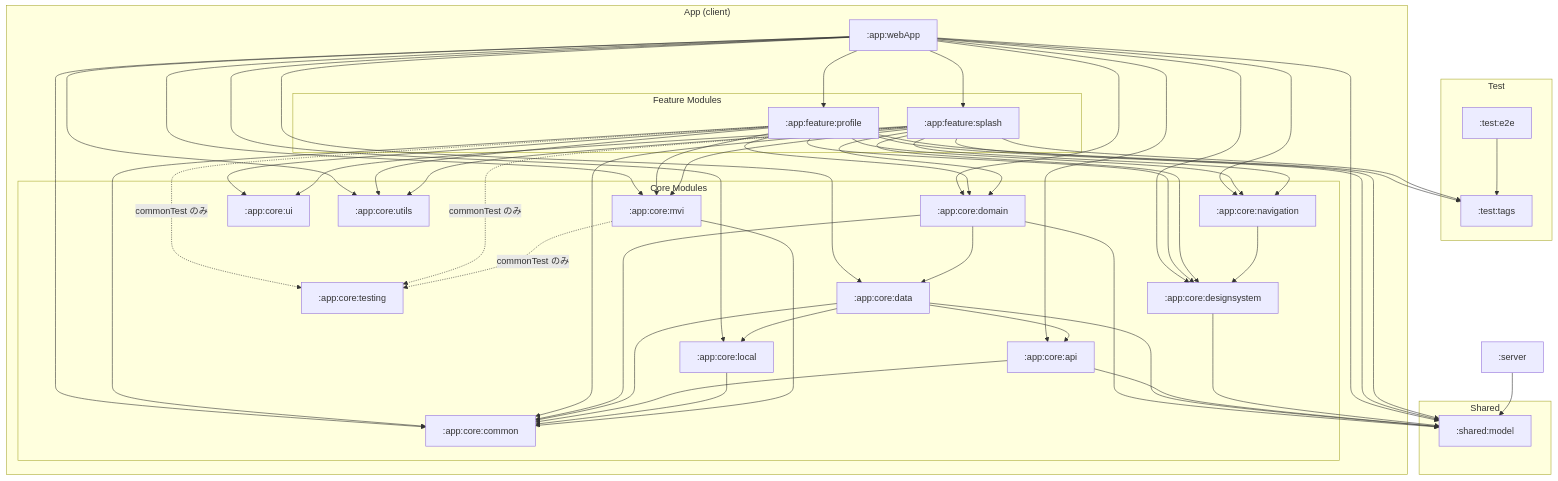
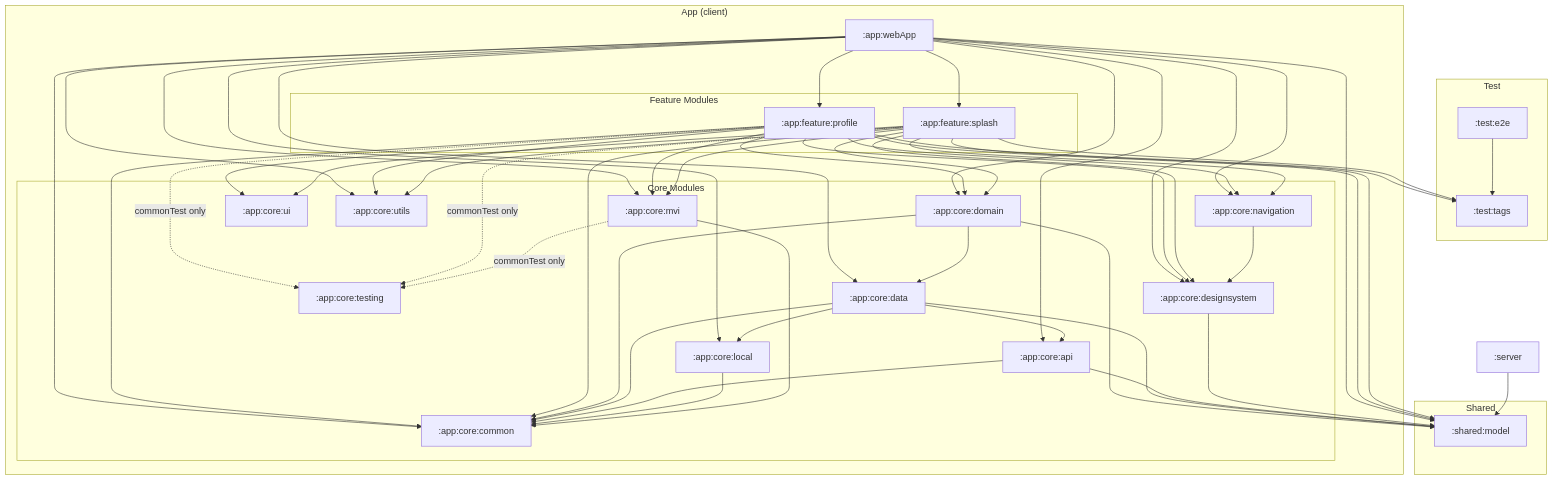
The diagram in docs/ModuleOverview.md (kei-1111/kei-1111.github.io), drawn with Mermaid before and after one commit. The commit also changed other lines of this file and 6 other files, not shown here.

````diff
--- a/docs/ModuleOverview.md
+++ b/docs/ModuleOverview.md
@@ -11,54 +13,54 @@
 ```mermaid
 flowchart TB
     subgraph "Shared"
         model[":shared:model"]
     end
 
     subgraph "Test"
         testTags[":test:tags"]
         testE2e[":test:e2e"]
     end
 
     server[":server"]
 
     subgraph "App (client)"
         webApp[":app:webApp"]
 
         subgraph "Feature Modules"
             profile[":app:feature:profile"]
             splash[":app:feature:splash"]
         end
 
         subgraph "Core Modules"
             domain[":app:core:domain"]
             data[":app:core:data"]
             api[":app:core:api"]
             local[":app:core:local"]
             designsystem[":app:core:designsystem"]
             mvi[":app:core:mvi"]
             navigation[":app:core:navigation"]
             testing[":app:core:testing"]
             ui[":app:core:ui"]
             common[":app:core:common"]
             utils[":app:core:utils"]
         end
     end
 
     webApp --> profile & splash
     webApp --> api & common & data & designsystem & domain & local & mvi & navigation & utils & model
 
     profile & splash --> common & designsystem & domain & mvi & navigation & ui & utils & model & testTags
-    profile & splash & mvi -. commonTest のみ .-> testing
+    profile & splash & mvi -. commonTest only .-> testing
 
     domain --> common & data & model
     data --> api & common & local & model
     api --> common & model
     local --> common
     mvi --> common
     navigation --> designsystem
     designsystem --> model
 
     server --> model
 
     testE2e --> testTags
 ```
````
